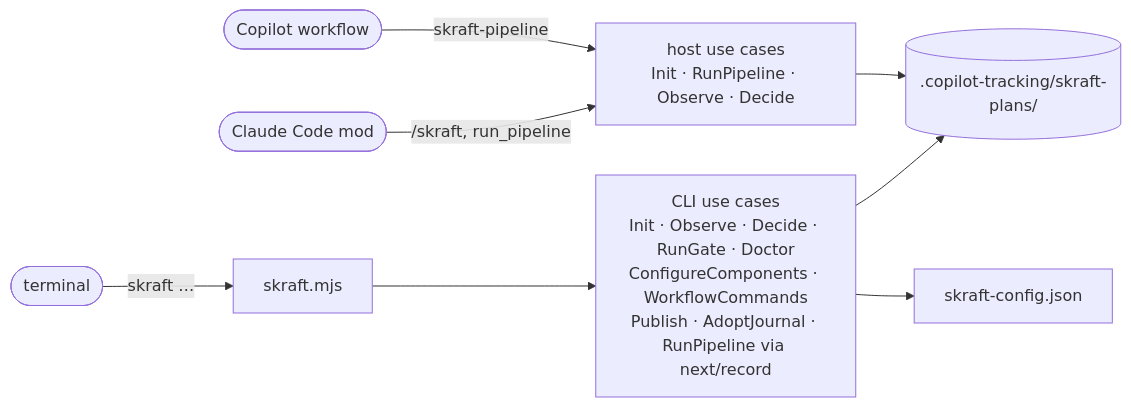
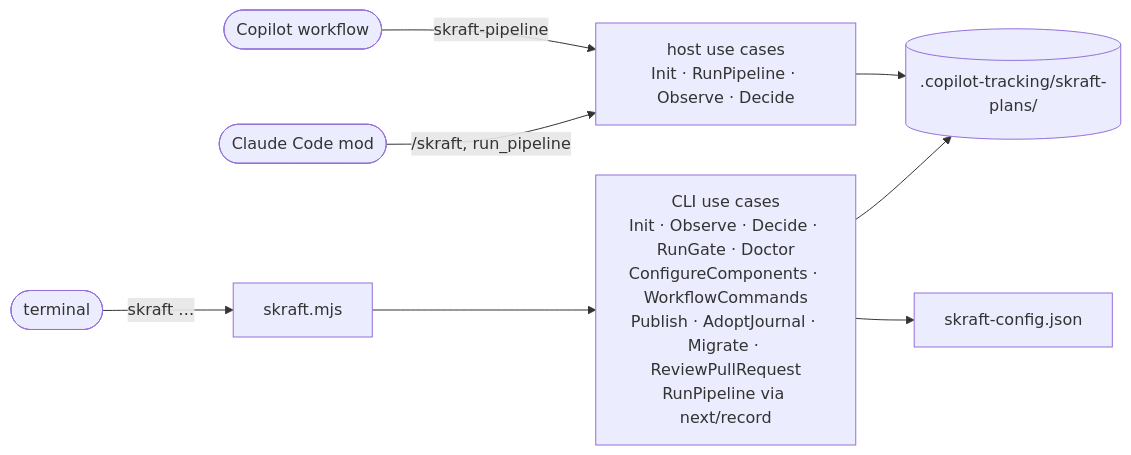
The first of 4 diagrams in docs/site/en/reference/cli.md (SebastienDegodez/skraft-plugin), drawn with Mermaid before and after one commit. The commit also changed other lines of this file and 1 other file, not shown here.

First line of the commit message:
docs(site): document skraft migrate and journal adopt --pr

````diff
--- a/docs/site/en/reference/cli.md
+++ b/docs/site/en/reference/cli.md
@@ -41,11 +41,11 @@
 ```mermaid
 flowchart LR
     T([terminal]) -->|skraft …| CLI[skraft.mjs]
     M([Claude Code mod]) -->|/skraft, run_pipeline| HP
     W([Copilot workflow]) -->|skraft-pipeline| HP
-    CLI --> UC[CLI use cases<br/>Init · Observe · Decide · RunGate · Doctor<br/>ConfigureComponents · WorkflowCommands<br/>Publish · AdoptJournal · RunPipeline via next/record]
+    CLI --> UC[CLI use cases<br/>Init · Observe · Decide · RunGate · Doctor<br/>ConfigureComponents · WorkflowCommands<br/>Publish · AdoptJournal · Migrate · ReviewPullRequest<br/>RunPipeline via next/record]
     HP[host use cases<br/>Init · RunPipeline · Observe · Decide]
     UC --> J[(.copilot-tracking/skraft-plans/)]
     HP --> J
     UC --> C[skraft-config.json]
 ```
````
